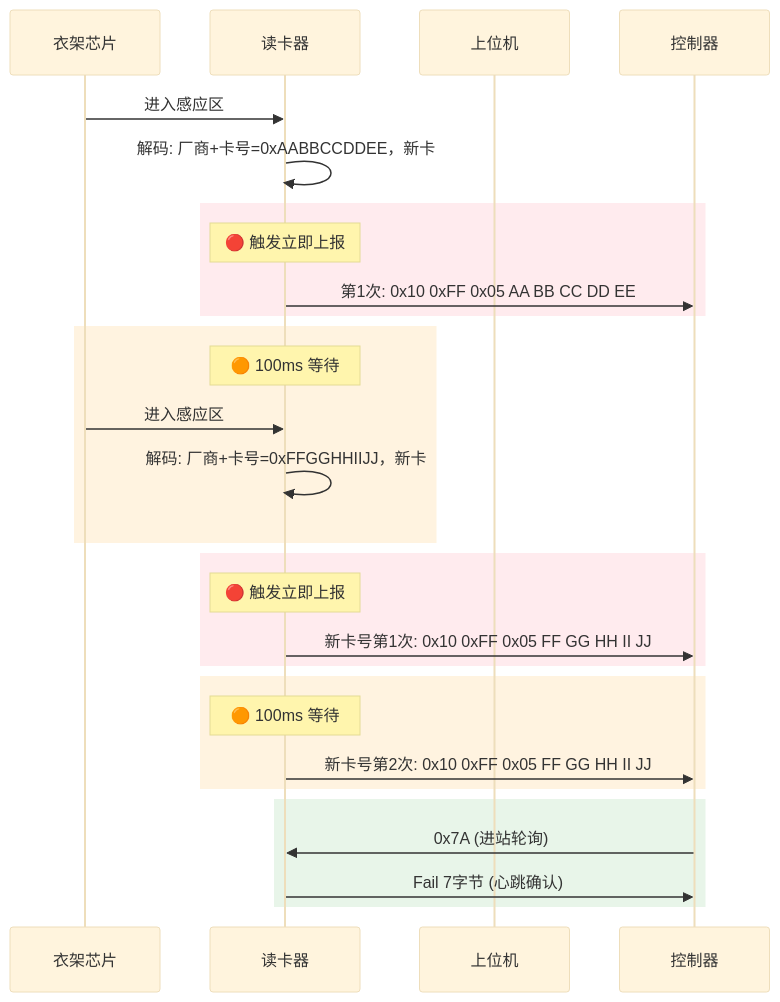
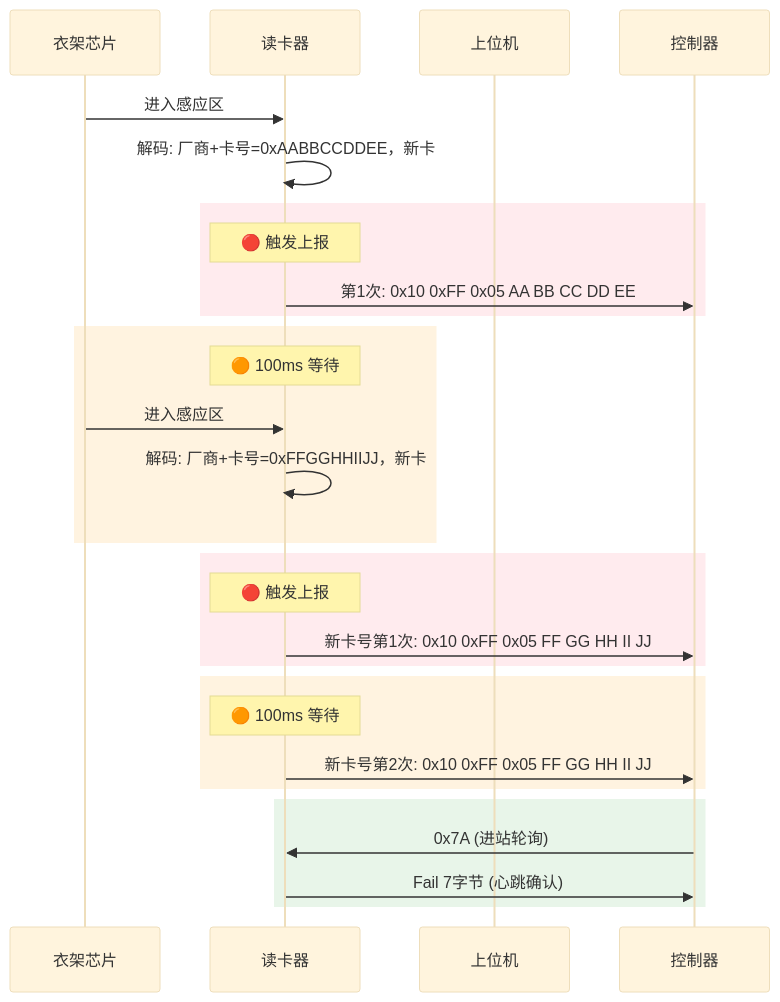
The second of 5 diagrams in 工作/[[SR3读卡器]]/260804SR3新框架整理.md (Siaiai/ObsidianNote), drawn with Mermaid (base theme) before and after one commit. The commit also changed other lines of this file and 2 other files, not shown here.

````diff
--- a/工作/[[SR3读卡器]]/260804SR3新框架整理.md
+++ b/工作/[[SR3读卡器]]/260804SR3新框架整理.md
@@ -100,32 +100,32 @@
 ```mermaid
 sequenceDiagram
     participant 衣架芯片
     participant 读卡器
     participant 上位机
 
     衣架芯片->>读卡器: 进入感应区
     读卡器->>读卡器: 解码: 厂商+卡号=0xAABBCCDDEE，新卡
 
     rect rgb(255, 235, 238)
-        Note over 读卡器: 🔴 触发立即上报
+        Note over 读卡器: 🔴 触发上报
         读卡器->>控制器: 第1次: 0x10 0xFF 0x05 AA BB CC DD EE
     end
 
     rect rgb(255, 243, 224)
         Note over 读卡器: 🟠 100ms 等待
         衣架芯片->>读卡器: 进入感应区
 	    读卡器->>读卡器: 解码: 厂商+卡号=0xFFGGHHIIJJ，新卡
     end
     rect rgb(255, 235, 238)
-        Note over 读卡器: 🔴 触发立即上报
+        Note over 读卡器: 🔴 触发上报
         读卡器->>控制器: 新卡号第1次: 0x10 0xFF 0x05 FF GG HH II JJ
     end
     rect rgb(255, 243, 224)
         Note over 读卡器: 🟠 100ms 等待
         读卡器->>控制器: 新卡号第2次:  0x10 0xFF 0x05 FF GG HH II JJ
     end
     rect rgb(232, 245, 233)
         控制器->>读卡器: 0x7A (进站轮询)
         读卡器->>控制器: Fail 7字节 (心跳确认)
     end
 ```
````
